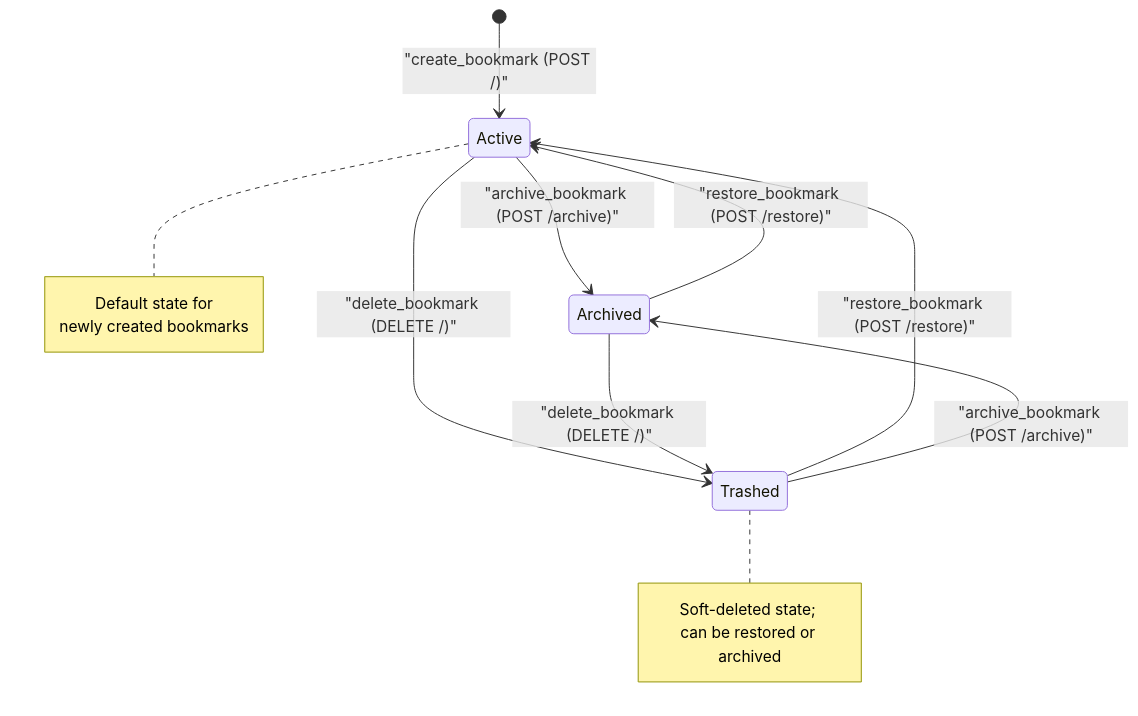
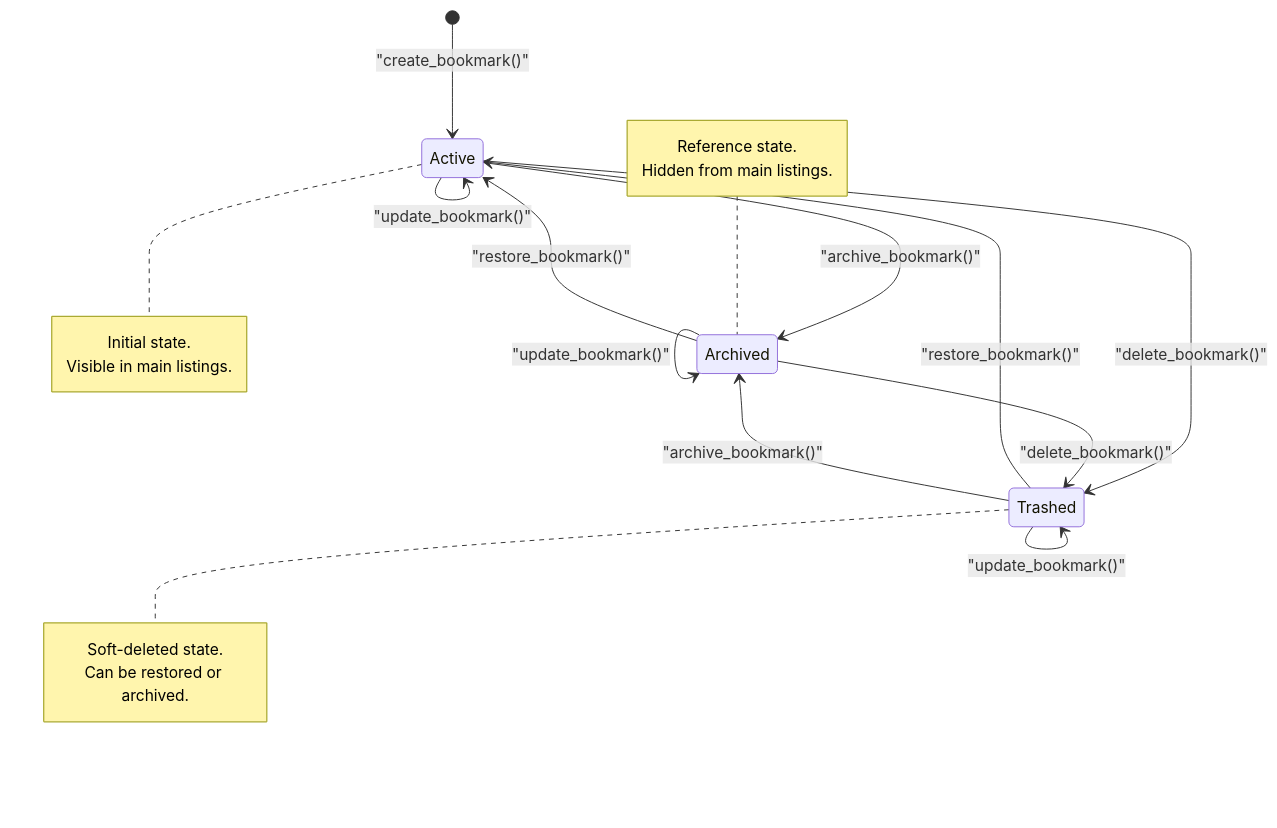
The diagram in docs/v1/architecture/architecture-overview/bookmark-entity-lifecycle.md (kaisen99/etchblok-test-api), drawn with Mermaid before and after one commit. The commit also changed other lines of this file and 112 other files, not shown here.

````diff
--- a/docs/v1/architecture/architecture-overview/bookmark-entity-lifecycle.md
+++ b/docs/v1/architecture/architecture-overview/bookmark-entity-lifecycle.md
@@ -22,23 +27,31 @@
 ```mermaid
 stateDiagram-v2
-    [*] --> Active: "create_bookmark (POST /)"
-    
-    Active --> Archived: "archive_bookmark (POST /archive)"
-    Active --> Trashed: "delete_bookmark (DELETE /)"
-    
-    Archived --> Active: "restore_bookmark (POST /restore)"
-    Archived --> Trashed: "delete_bookmark (DELETE /)"
-    
-    Trashed --> Active: "restore_bookmark (POST /restore)"
-    Trashed --> Archived: "archive_bookmark (POST /archive)"
+    [*] --> Active: "create_bookmark()"
+
+    Active --> Archived: "archive_bookmark()"
+    Active --> Trashed: "delete_bookmark()"
+    Active --> Active: "update_bookmark()"
+
+    Archived --> Active: "restore_bookmark()"
+    Archived --> Trashed: "delete_bookmark()"
+    Archived --> Archived: "update_bookmark()"
+
+    Trashed --> Active: "restore_bookmark()"
+    Trashed --> Archived: "archive_bookmark()"
+    Trashed --> Trashed: "update_bookmark()"
 
     note right of Active
-        Default state for 
-        newly created bookmarks
+        Initial state.
+        Visible in main listings.
     end note
 
     note right of Trashed
-        Soft-deleted state; 
-        can be restored or archived
+        Soft-deleted state.
+        Can be restored or archived.
+    end note
+
+    note left of Archived
+        Reference state.
+        Hidden from main listings.
     end note
 ```
````
